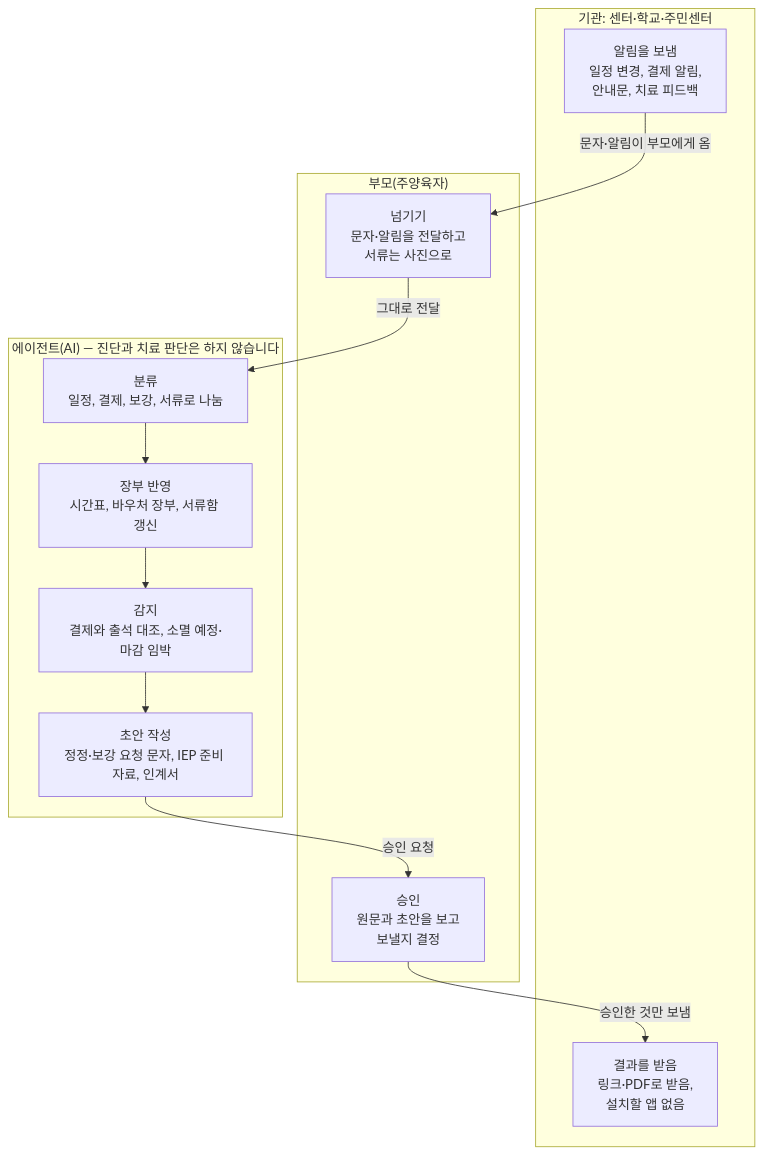
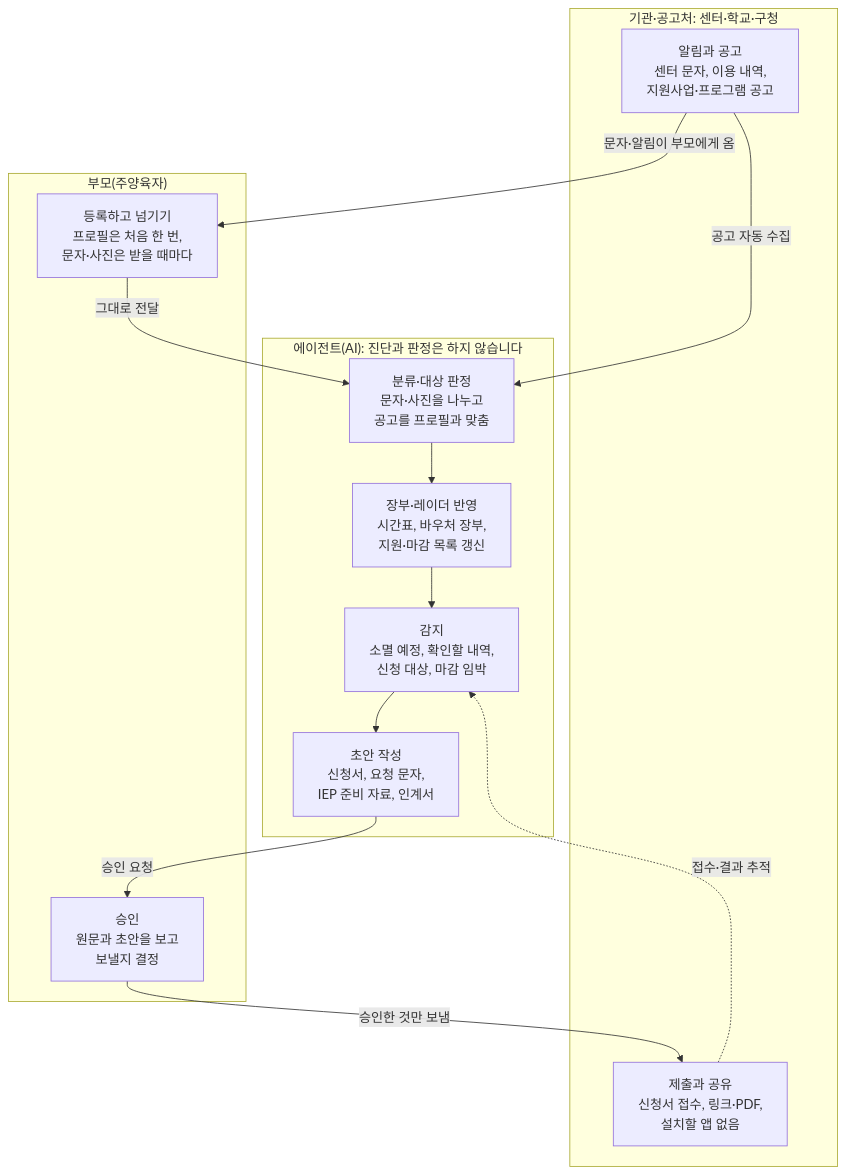
Before and after one commit to NiceTry3675/Individual-Resource-Planning-for-Kids: the diagram in 아이-한-장-제안서.md, drawn with Mermaid. The commit also changed other lines of this file and 1 other file, not shown here.

````diff
--- a/아이-한-장-제안서.md
+++ b/아이-한-장-제안서.md
@@ -82,22 +103,24 @@
 ```mermaid
 flowchart TB
-    subgraph 기관["기관: 센터·학교·주민센터"]
-        O1["알림을 보냄<br/>일정 변경, 결제 알림,<br/>안내문, 치료 피드백"]
-        O2["결과를 받음<br/>링크·PDF로 받음,<br/>설치할 앱 없음"]
+    subgraph ORG["기관·공고처: 센터·학교·구청"]
+        O1["알림과 공고<br/>센터 문자, 이용 내역,<br/>지원사업·프로그램 공고"]
+        O2["제출과 공유<br/>신청서 접수, 링크·PDF,<br/>설치할 앱 없음"]
     end
-    subgraph 부모["부모(주양육자)"]
-        P1["넘기기<br/>문자·알림을 전달하고<br/>서류는 사진으로"]
+    subgraph PARENT["부모(주양육자)"]
+        P1["등록하고 넘기기<br/>프로필은 처음 한 번,<br/>문자·사진은 받을 때마다"]
         P2["승인<br/>원문과 초안을 보고<br/>보낼지 결정"]
     end
-    subgraph AI["에이전트(AI) — 진단과 치료 판단은 하지 않습니다"]
-        A1["분류<br/>일정, 결제, 보강, 서류로 나눔"]
-        A2["장부 반영<br/>시간표, 바우처 장부, 서류함 갱신"]
-        A3["감지<br/>결제와 출석 대조, 소멸 예정·마감 임박"]
-        A4["초안 작성<br/>정정·보강 요청 문자, IEP 준비 자료, 인계서"]
+    subgraph AI["에이전트(AI): 진단과 판정은 하지 않습니다"]
+        A1["분류·대상 판정<br/>문자·사진을 나누고<br/>공고를 프로필과 맞춤"]
+        A2["장부·레이더 반영<br/>시간표, 바우처 장부,<br/>지원·마감 목록 갱신"]
+        A3["감지<br/>소멸 예정, 확인할 내역,<br/>신청 대상, 마감 임박"]
+        A4["초안 작성<br/>신청서, 요청 문자,<br/>IEP 준비 자료, 인계서"]
     end
     O1 -- "문자·알림이 부모에게 옴" --> P1
     P1 -- "그대로 전달" --> A1
+    O1 -- "공고 자동 수집" --> A1
     A1 --> A2 --> A3 --> A4
     A4 -- "승인 요청" --> P2
     P2 -- "승인한 것만 보냄" --> O2
+    O2 -. "접수·결과 추적" .-> A3
 ```
````
